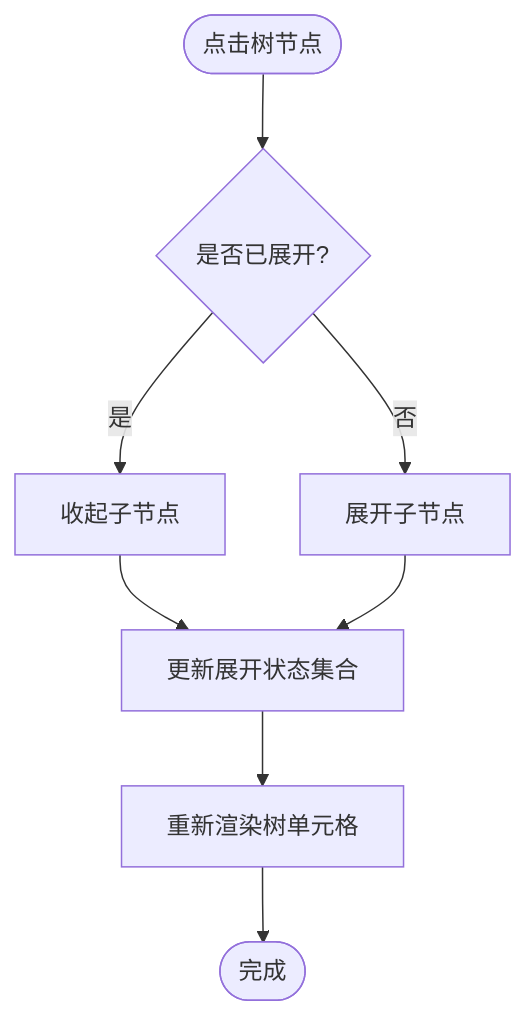
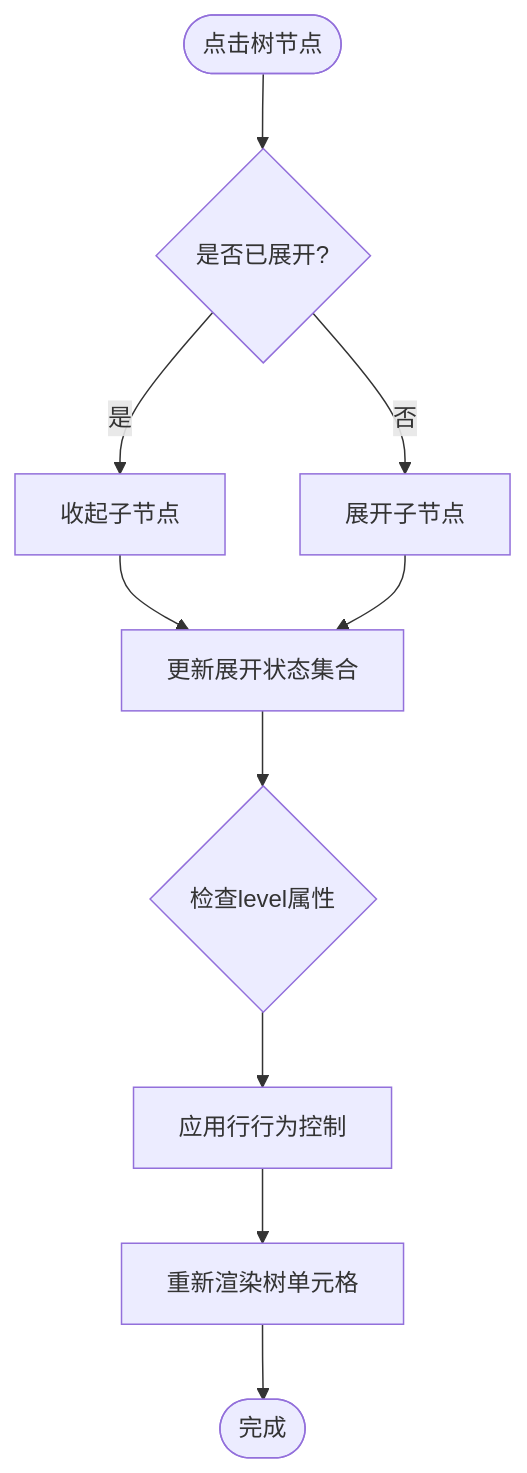
The fourth of 5 diagrams in .qoder/repowiki/zh/content/示例演示/面板树示例.md (ja-plus/stk-table-vue), drawn with Mermaid before and after one commit. The commit also changed other lines of this file and 19 other files, not shown here.

````diff
--- a/.qoder/repowiki/zh/content/示例演示/面板树示例.md
+++ b/.qoder/repowiki/zh/content/示例演示/面板树示例.md
@@ -167,10 +229,12 @@
 ```mermaid
 flowchart TD
 Start(["点击树节点"]) --> CheckExpanded{"是否已展开?"}
 CheckExpanded --> |是| Collapse["收起子节点"]
 CheckExpanded --> |否| Expand["展开子节点"]
 Collapse --> UpdateState["更新展开状态集合"]
 Expand --> UpdateState
-UpdateState --> Render["重新渲染树单元格"]
+UpdateState --> LevelCheck{"检查level属性"}
+LevelCheck --> ApplyBehavior["应用行行为控制"]
+ApplyBehavior --> Render["重新渲染树单元格"]
 Render --> End(["完成"])
 ```
````
